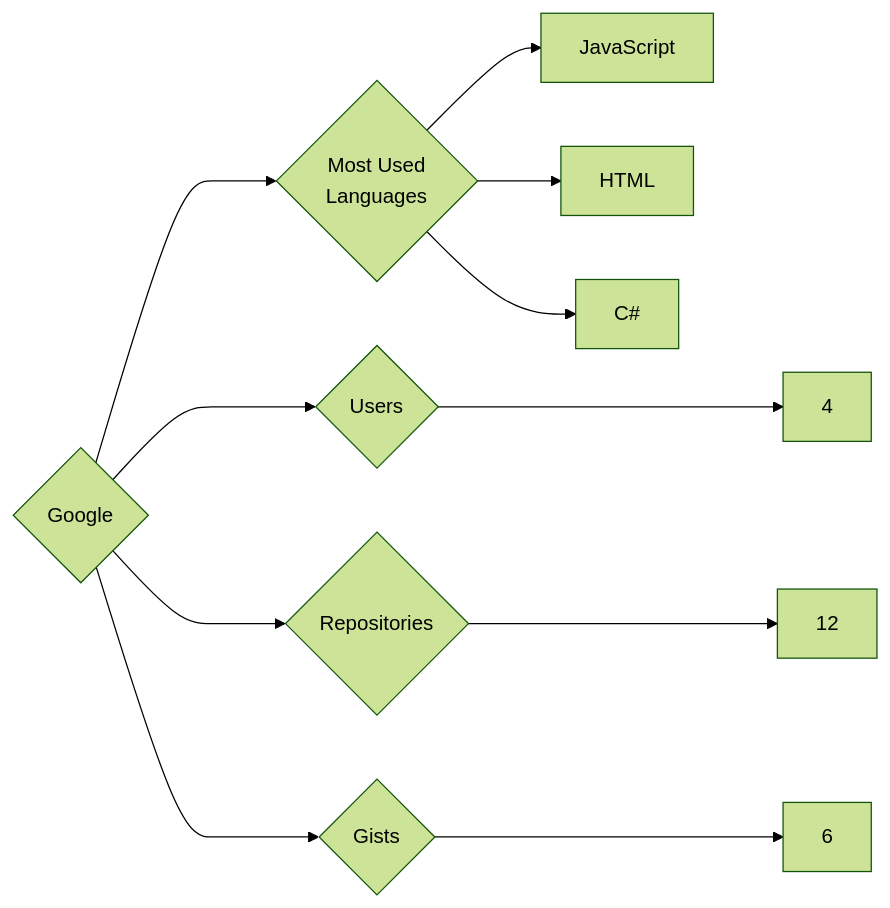
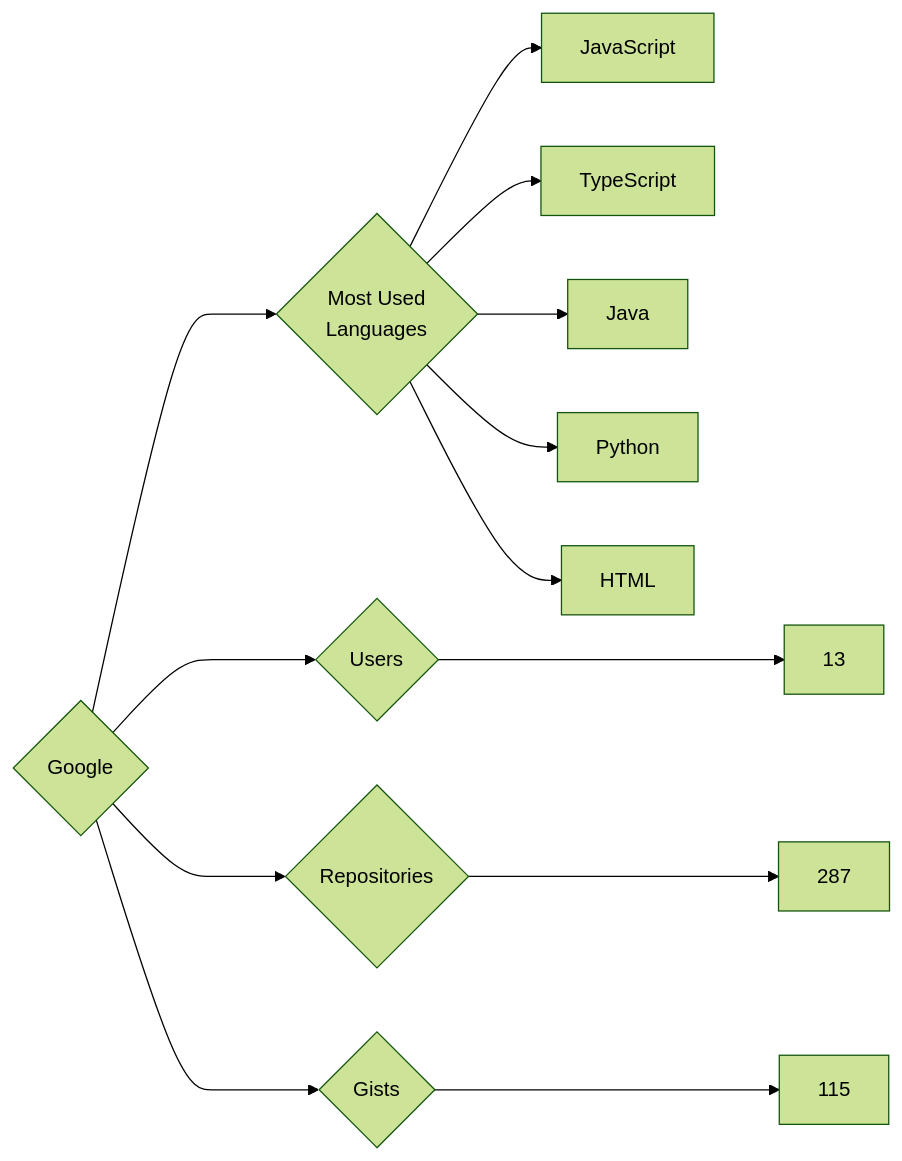
Before and after one commit to trickest/insiders: the diagram in targets/Google/README.md, drawn with Mermaid (forest theme). The commit also changed 993 other files, not shown here.

````diff
--- a/targets/Google/README.md
+++ b/targets/Google/README.md
@@ -3,11 +3,13 @@
 ```mermaid
 graph LR
 COMPANY_NAME{Google}
-COMPANY_NAME ---> U{Users} ---> UN[4]
-COMPANY_NAME ---> R{Repositories} ---> RN[12]
-COMPANY_NAME ---> G{Gists} ---> GN[6]
+COMPANY_NAME ---> U{Users} ---> UN[13]
+COMPANY_NAME ---> R{Repositories} ---> RN[287]
+COMPANY_NAME ---> G{Gists} ---> GN[115]
 COMPANY_NAME ---> ML{Most Used<br>Languages}
 ML --> JavaScript[JavaScript]
+ML --> TypeScript[TypeScript]
+ML --> Java[Java]
+ML --> Python[Python]
 ML --> HTML[HTML]
-ML --> C#[C#]
 ```
````
